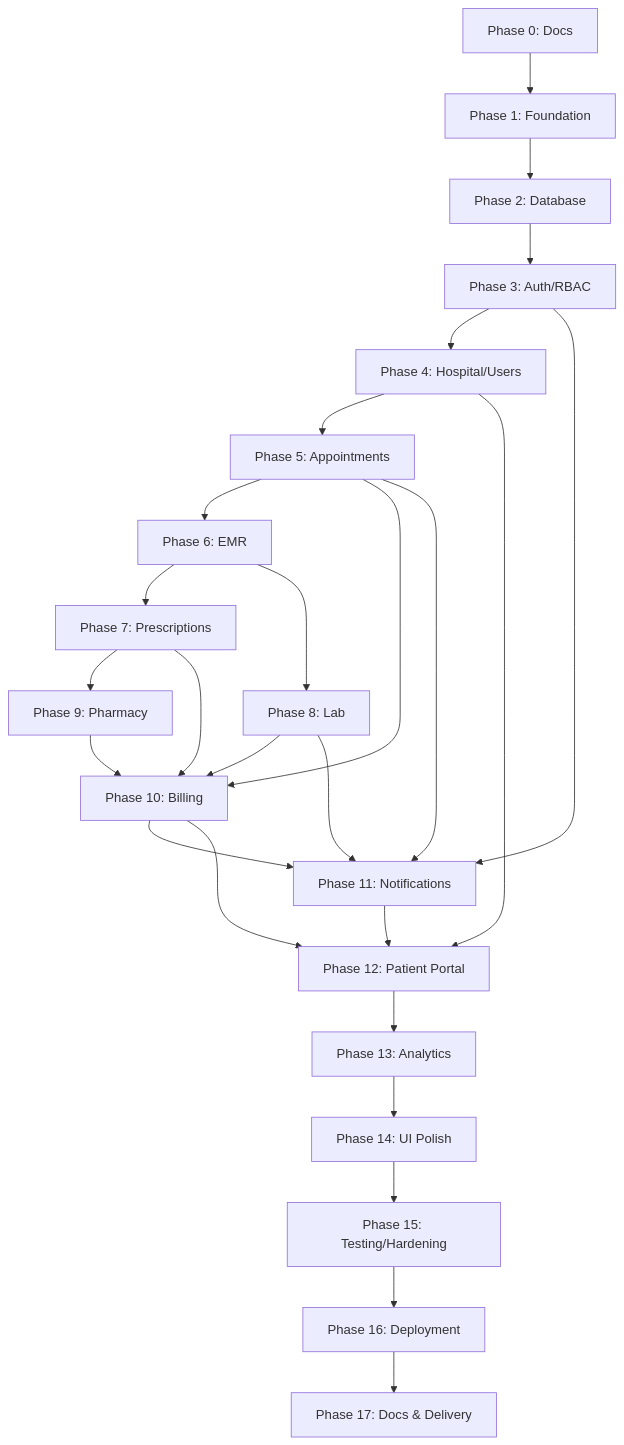
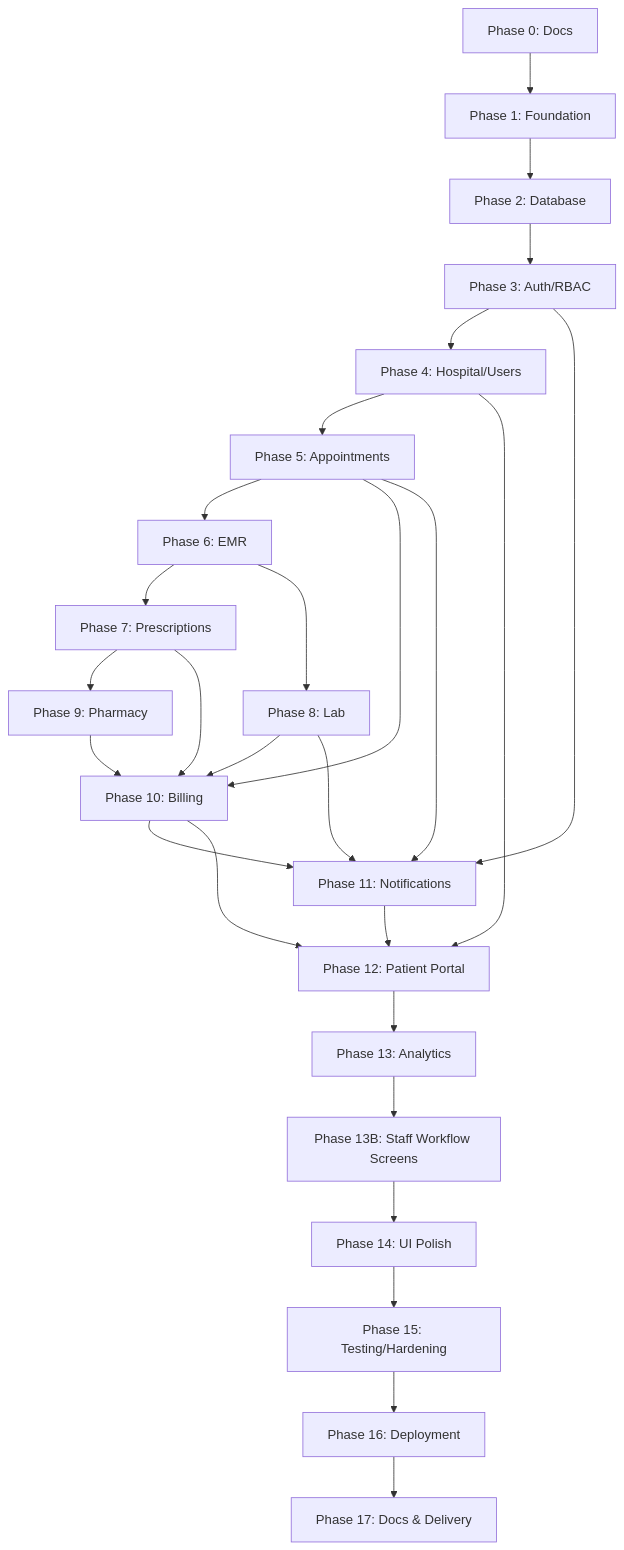
The diagram in docs/05-DEVELOPMENT-PLAN.md (vatsdevansh18/medcore-hms), drawn with Mermaid before and after one commit. The commit also changed other lines of this file and 89 other files, not shown here.

````diff
--- a/docs/05-DEVELOPMENT-PLAN.md
+++ b/docs/05-DEVELOPMENT-PLAN.md
@@ -133,28 +139,29 @@
 ```mermaid
 flowchart TD
     P0[Phase 0: Docs] --> P1[Phase 1: Foundation]
     P1 --> P2[Phase 2: Database]
     P2 --> P3[Phase 3: Auth/RBAC]
     P3 --> P4[Phase 4: Hospital/Users]
     P4 --> P5[Phase 5: Appointments]
     P5 --> P6[Phase 6: EMR]
     P6 --> P7[Phase 7: Prescriptions]
     P6 --> P8[Phase 8: Lab]
     P7 --> P9[Phase 9: Pharmacy]
     P5 --> P10[Phase 10: Billing]
     P7 --> P10
     P8 --> P10
     P9 --> P10
     P3 --> P11[Phase 11: Notifications]
     P5 --> P11
     P8 --> P11
     P10 --> P11
     P4 --> P12[Phase 12: Patient Portal]
     P10 --> P12
     P11 --> P12
     P12 --> P13[Phase 13: Analytics]
-    P13 --> P14[Phase 14: UI Polish]
+    P13 --> P13B[Phase 13B: Staff Workflow Screens]
+    P13B --> P14[Phase 14: UI Polish]
     P14 --> P15[Phase 15: Testing/Hardening]
     P15 --> P16[Phase 16: Deployment]
     P16 --> P17[Phase 17: Docs & Delivery]
 ```
````
